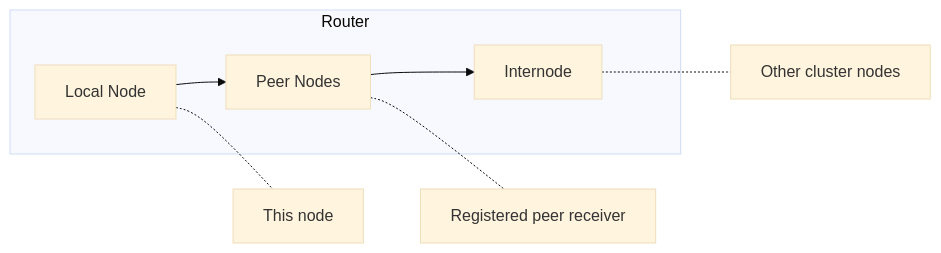
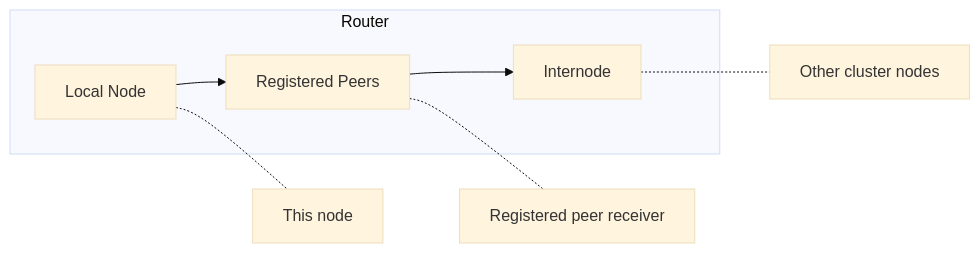
One commit to wippyai/docs changed the third of 3 diagrams in en/internals/architecture.md. Above: the diagram before and after it, drawn with Mermaid (base theme). The commit also changed other lines of this file and 870 other files, not shown here.

````diff
--- a/en/internals/architecture.md
+++ b/en/internals/architecture.md
@@ -169,11 +171,11 @@
 ```mermaid
 flowchart LR
     subgraph Router
-        Local[Local Node] --> Peer[Peer Nodes]
+        Local[Local Node] --> Peer[Registered Peers]
         Peer --> Inter[Internode]
     end
 
     Local -.- L[This node]
     Peer -.- P[Registered peer receiver]
     Inter -.- I[Other cluster nodes]
 ```
````
